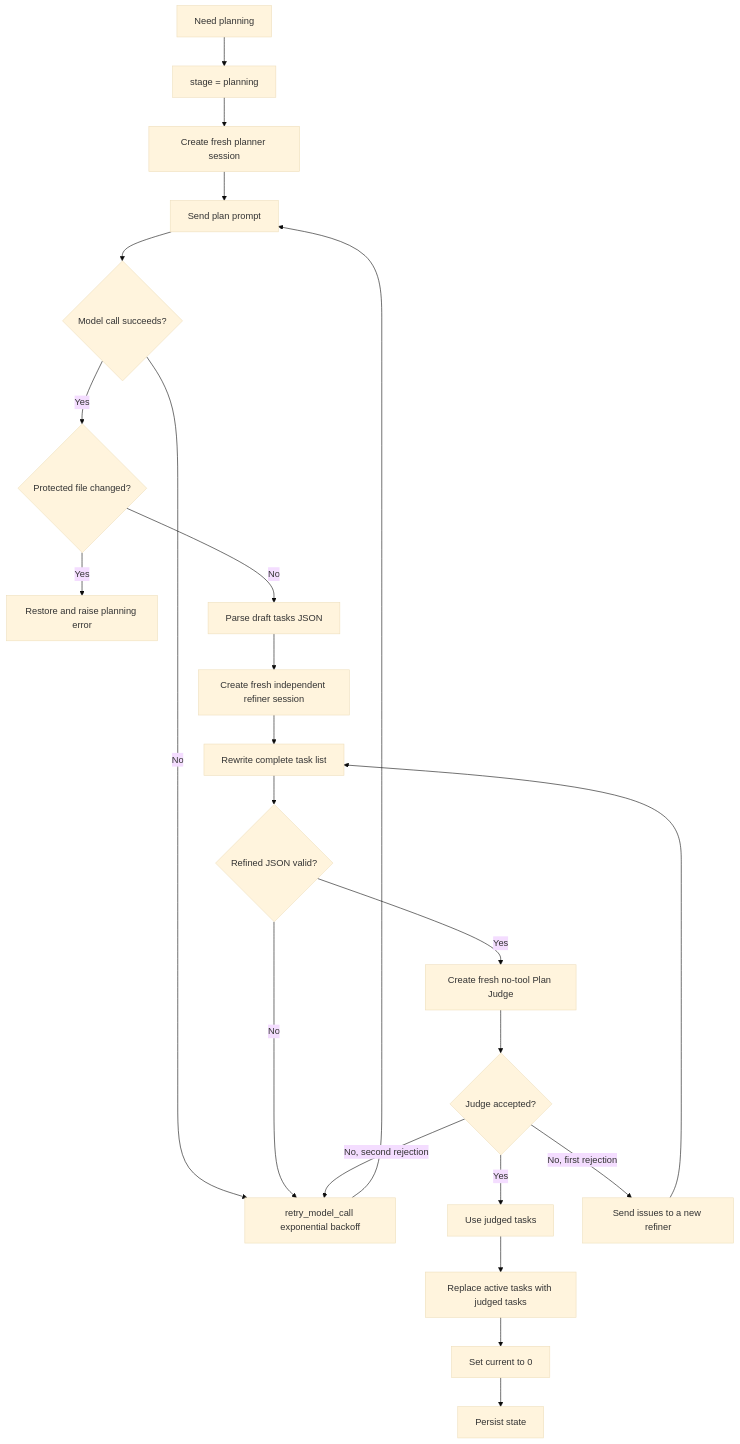
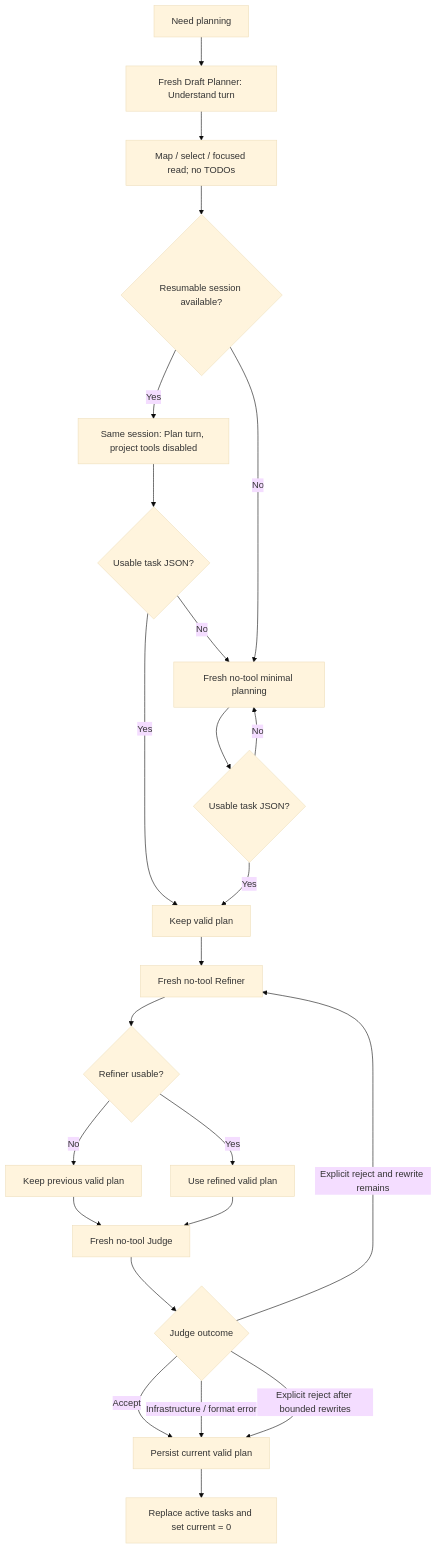
One commit to kevin840307/ai-task-runner changed the fifth of 9 diagrams in docs/DESIGN.md. Above: the diagram before and after it, drawn with Mermaid (base theme). The commit also changed other lines of this file and 29 other files, not shown here.

````diff
--- a/docs/DESIGN.md
+++ b/docs/DESIGN.md
@@ -384,25 +390,26 @@
 ```mermaid
 flowchart TD
-    A[Need planning] --> B[stage = planning]
-    B --> C[Create fresh planner session]
-    C --> D[Send plan prompt]
-    D --> E{Model call succeeds?}
-    E -- No --> F[retry_model_call exponential backoff]
-    F --> D
-    E -- Yes --> G{Protected file changed?}
-    G -- Yes --> H[Restore and raise planning error]
-    G -- No --> I[Parse draft tasks JSON]
-    I --> J[Create fresh independent refiner session]
-    J --> K[Rewrite complete task list]
-    K --> L{Refined JSON valid?}
-    L -- No --> F
-    L -- Yes --> M[Create fresh no-tool Plan Judge]
-    M --> N{Judge accepted?}
-    N -- Yes --> O[Use judged tasks]
-    N -- No, first rejection --> P[Send issues to a new refiner]
-    P --> K
-    N -- No, second rejection --> F
-    O --> Q[Replace active tasks with judged tasks]
-    Q --> R[Set current to 0]
-    R --> S[Persist state]
+    A[Need planning] --> B[Fresh Draft Planner: Understand turn]
+    B --> C[Map / select / focused read; no TODOs]
+    C --> D{Resumable session available?}
+    D -- Yes --> E[Same session: Plan turn, project tools disabled]
+    E --> F{Usable task JSON?}
+    F -- Yes --> H[Keep valid plan]
+    F -- No --> I[Fresh no-tool minimal planning]
+    D -- No --> I
+    I --> J{Usable task JSON?}
+    J -- No --> I
+    J -- Yes --> H
+    H --> K[Fresh no-tool Refiner]
+    K --> L{Refiner usable?}
+    L -- No --> M[Keep previous valid plan]
+    L -- Yes --> N[Use refined valid plan]
+    M --> O[Fresh no-tool Judge]
+    N --> O
+    O --> P{Judge outcome}
+    P -- Accept --> Q[Persist current valid plan]
+    P -- Infrastructure / format error --> Q
+    P -- Explicit reject and rewrite remains --> K
+    P -- Explicit reject after bounded rewrites --> Q
+    Q --> R[Replace active tasks and set current = 0]
 ```
````
